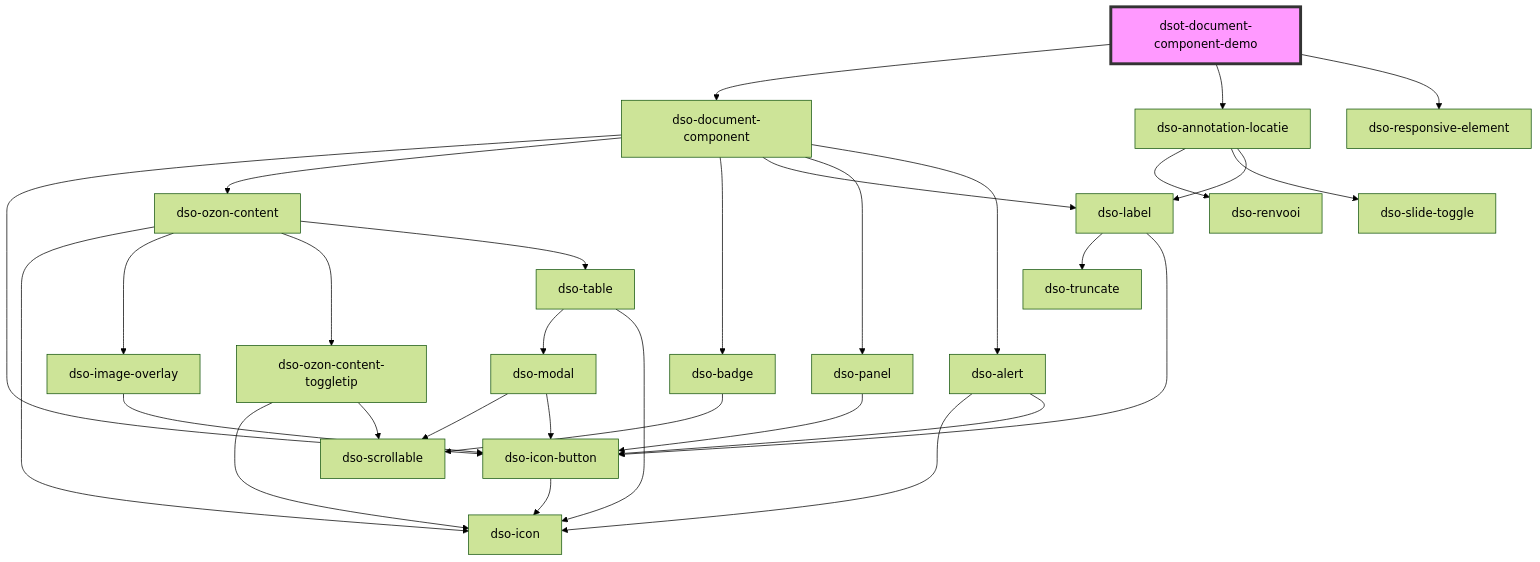
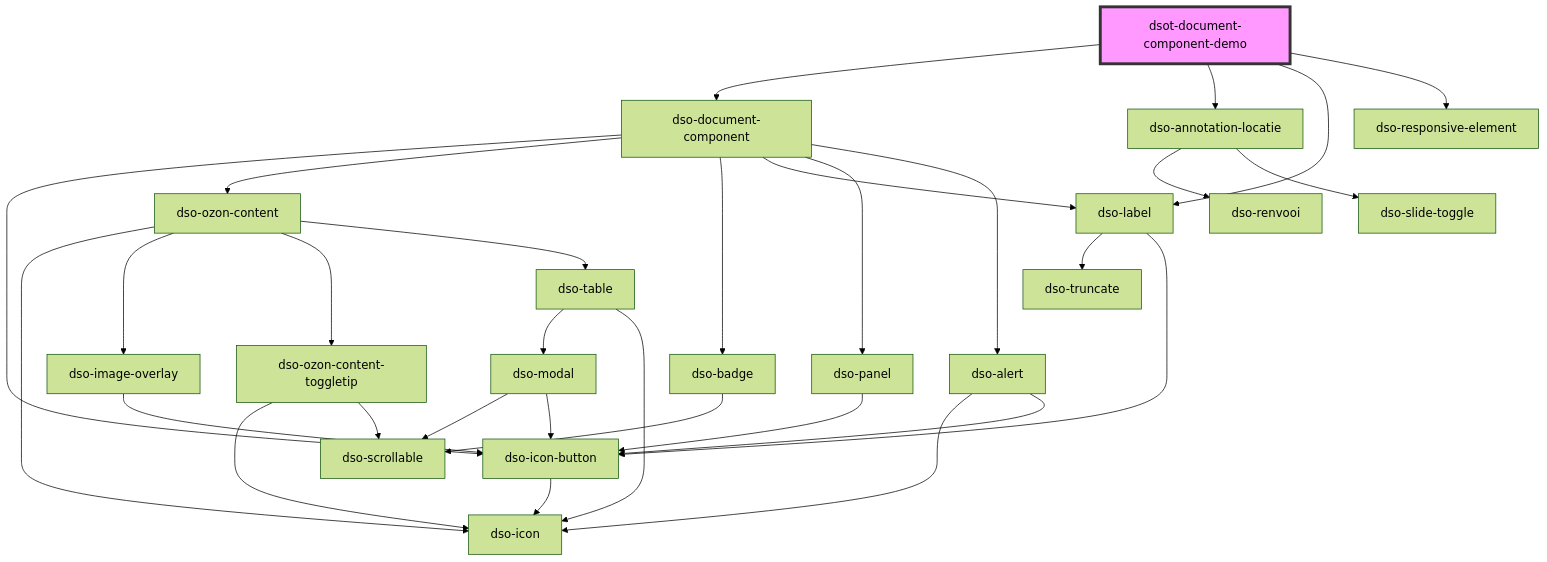
Before and after one commit to dso-toolkit/dso-toolkit: the diagram in packages/core/src/components/document-component-demo/readme.md, drawn with Mermaid (forest theme). The commit also changed other lines of this file and 20 other files, not shown here.

Commit message:
#4033 [Changed] Annotation: Label moet kunnen worden aangepast

````diff
--- a/packages/core/src/components/document-component-demo/readme.md
+++ b/packages/core/src/components/document-component-demo/readme.md
@@ -38,34 +39,34 @@
 ```mermaid
 graph TD;
   dsot-document-component-demo --> dso-document-component
   dsot-document-component-demo --> dso-annotation-locatie
+  dsot-document-component-demo --> dso-label
   dsot-document-component-demo --> dso-responsive-element
   dso-document-component --> dso-icon-button
   dso-document-component --> dso-ozon-content
   dso-document-component --> dso-badge
   dso-document-component --> dso-label
   dso-document-component --> dso-panel
   dso-document-component --> dso-alert
   dso-icon-button --> dso-icon
   dso-ozon-content --> dso-icon
   dso-ozon-content --> dso-image-overlay
   dso-ozon-content --> dso-ozon-content-toggletip
   dso-ozon-content --> dso-table
   dso-image-overlay --> dso-icon-button
   dso-ozon-content-toggletip --> dso-icon
   dso-ozon-content-toggletip --> dso-scrollable
   dso-table --> dso-modal
   dso-table --> dso-icon
   dso-modal --> dso-scrollable
   dso-modal --> dso-icon-button
   dso-badge --> dso-scrollable
   dso-label --> dso-truncate
   dso-label --> dso-icon-button
   dso-panel --> dso-icon-button
   dso-alert --> dso-icon
   dso-alert --> dso-icon-button
   dso-annotation-locatie --> dso-renvooi
   dso-annotation-locatie --> dso-slide-toggle
-  dso-annotation-locatie --> dso-label
   style dsot-document-component-demo fill:#f9f,stroke:#333,stroke-width:4px
 ```
````
